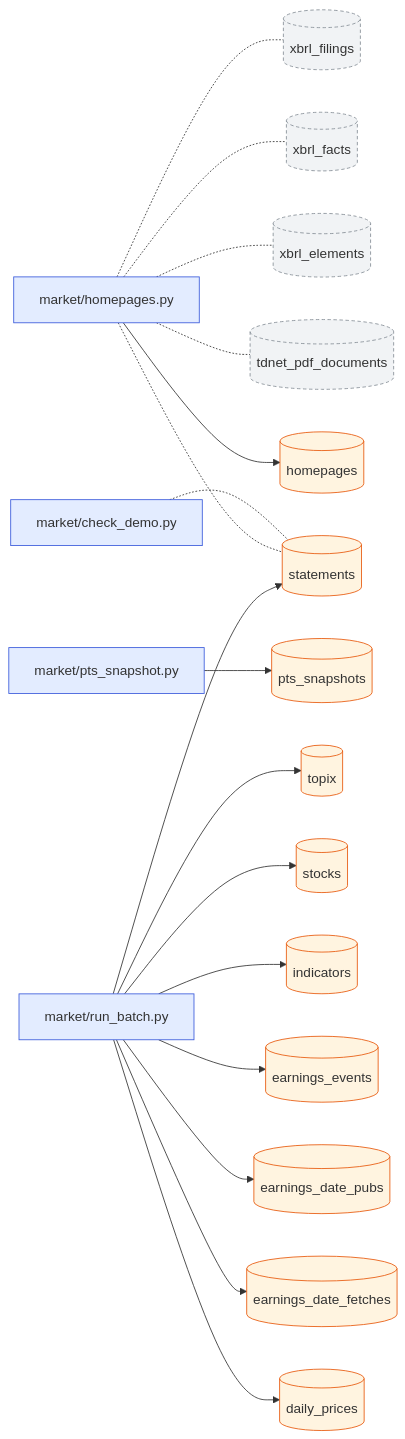
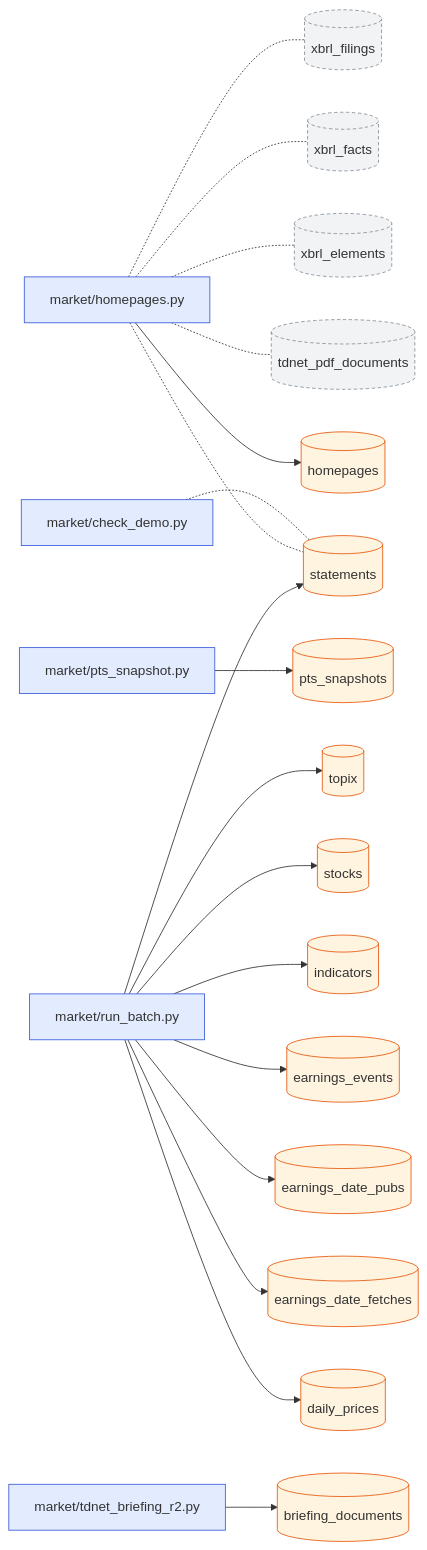
The first of 2 diagrams in docs/dataflow/market.md (pekumirui/stock-analyzer), drawn with Mermaid before and after one commit. The commit also changed other lines of this file and 12 other files, not shown here.

````diff
--- a/docs/dataflow/market.md
+++ b/docs/dataflow/market.md
@@ -9,41 +9,44 @@
 ```mermaid
 flowchart LR
   n0["market/check_demo.py"]:::job
   n1["market/homepages.py"]:::job
   n2["market/pts_snapshot.py"]:::job
   n3["market/run_batch.py"]:::job
-  n4[("daily_prices")]:::tbl
-  n5[("earnings_date_fetches")]:::tbl
-  n6[("earnings_date_pubs")]:::tbl
-  n7[("earnings_events")]:::tbl
-  n8[("homepages")]:::tbl
-  n9[("indicators")]:::tbl
-  n10[("pts_snapshots")]:::tbl
-  n11[("statements")]:::tbl
-  n12[("stocks")]:::tbl
-  n13[("tdnet_pdf_documents")]:::ext
-  n14[("topix")]:::tbl
-  n15[("xbrl_elements")]:::ext
-  n16[("xbrl_facts")]:::ext
-  n17[("xbrl_filings")]:::ext
-  n0 -.- n11
-  n1 --> n8
-  n1 -.- n11
+  n4["market/tdnet_briefing_r2.py"]:::job
+  n5[("briefing_documents")]:::tbl
+  n6[("daily_prices")]:::tbl
+  n7[("earnings_date_fetches")]:::tbl
+  n8[("earnings_date_pubs")]:::tbl
+  n9[("earnings_events")]:::tbl
+  n10[("homepages")]:::tbl
+  n11[("indicators")]:::tbl
+  n12[("pts_snapshots")]:::tbl
+  n13[("statements")]:::tbl
+  n14[("stocks")]:::tbl
+  n15[("tdnet_pdf_documents")]:::ext
+  n16[("topix")]:::tbl
+  n17[("xbrl_elements")]:::ext
+  n18[("xbrl_facts")]:::ext
+  n19[("xbrl_filings")]:::ext
+  n0 -.- n13
+  n1 --> n10
   n1 -.- n13
   n1 -.- n15
-  n1 -.- n16
   n1 -.- n17
-  n2 --> n10
-  n3 --> n4
-  n3 --> n5
+  n1 -.- n18
+  n1 -.- n19
+  n2 --> n12
   n3 --> n6
   n3 --> n7
+  n3 --> n8
   n3 --> n9
   n3 --> n11
-  n3 --> n12
+  n3 --> n13
   n3 --> n14
+  n3 --> n16
+  n4 --> n5
   classDef job fill:#e3ecff,stroke:#3b5bdb
   classDef api fill:#e6f7ec,stroke:#2b8a3e
   classDef tbl fill:#fff4e0,stroke:#e8590c
   classDef ext fill:#f1f3f5,stroke:#868e96,stroke-dasharray:4 3
 ```
````
